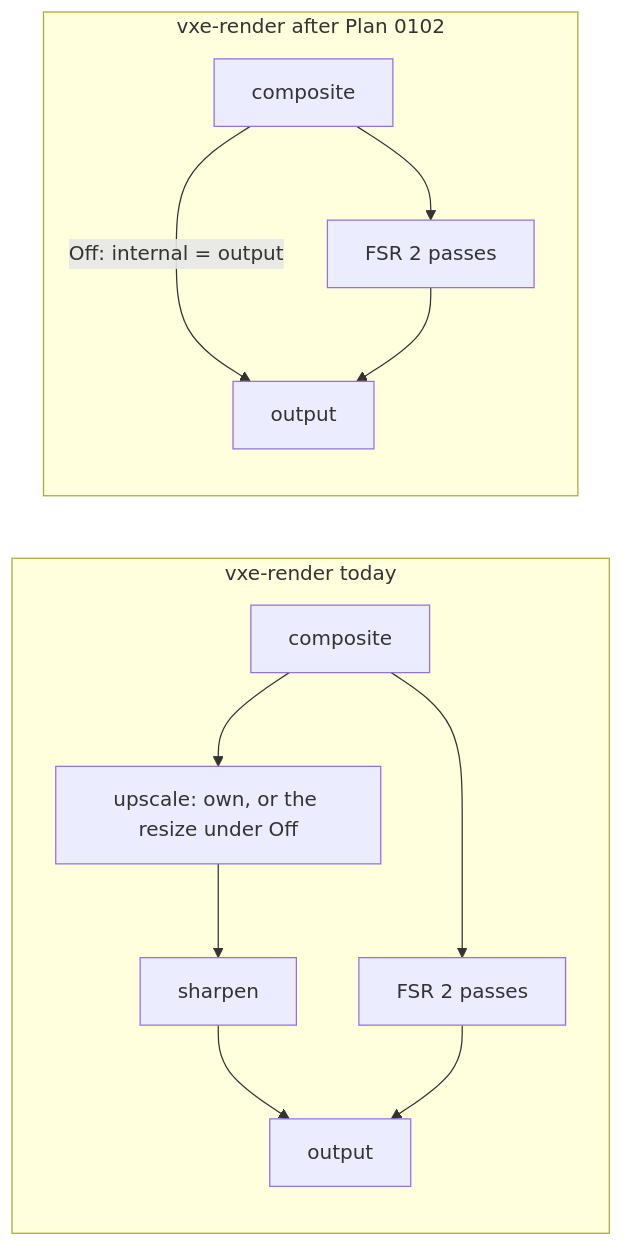
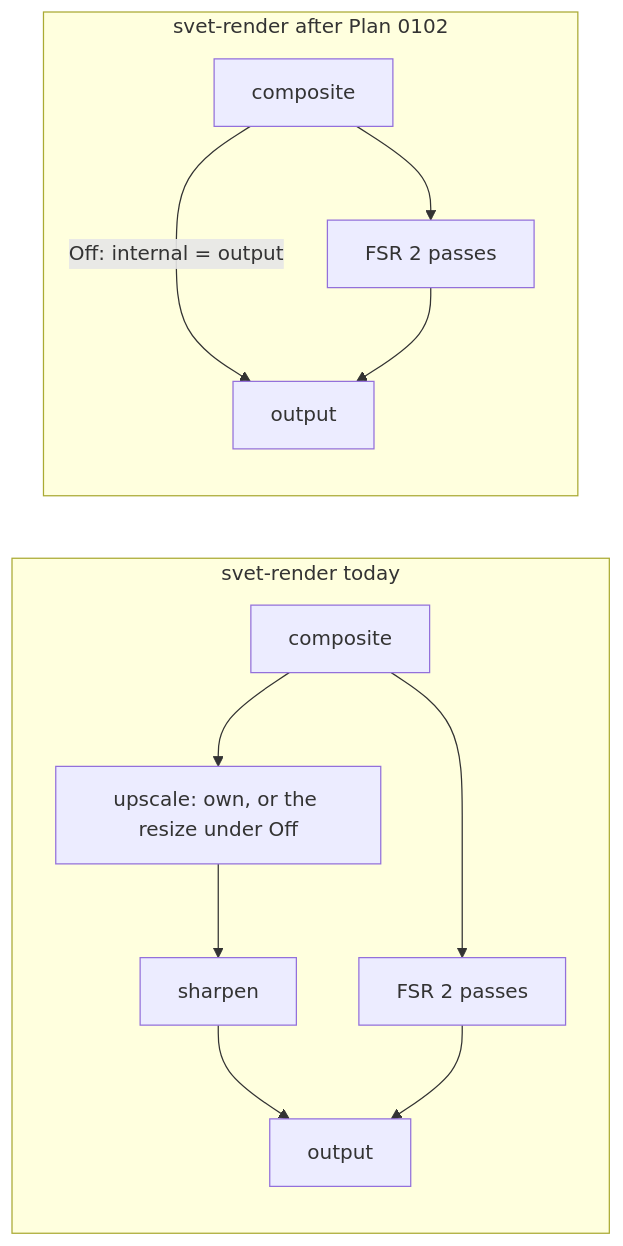
The diagram in docs/plans/0102-remove-own-the-engines-own-upscaler-fsr-2-is-the-only-one.md (IgorKonovalov/voxel-engine), drawn with Mermaid before and after one commit. The commit also changed other lines of this file and 53 other files, not shown here.

````diff
--- a/docs/plans/0102-remove-own-the-engines-own-upscaler-fsr-2-is-the-only-one.md
+++ b/docs/plans/0102-remove-own-the-engines-own-upscaler-fsr-2-is-the-only-one.md
@@ -115,15 +115,15 @@
 ```mermaid
 flowchart LR
-    subgraph before [vxe-render today]
+    subgraph before [svet-render today]
         C1[composite] --> U[upscale: own, or the resize under Off]
         U --> S[sharpen]
         C1 --> F1[FSR 2 passes]
         S --> O1[output]
         F1 --> O1
     end
-    subgraph after [vxe-render after Plan 0102]
+    subgraph after [svet-render after Plan 0102]
         C2[composite] -->|Off: internal = output| O2[output]
         C2 --> F2[FSR 2 passes]
         F2 --> O2
     end
 ```
````
